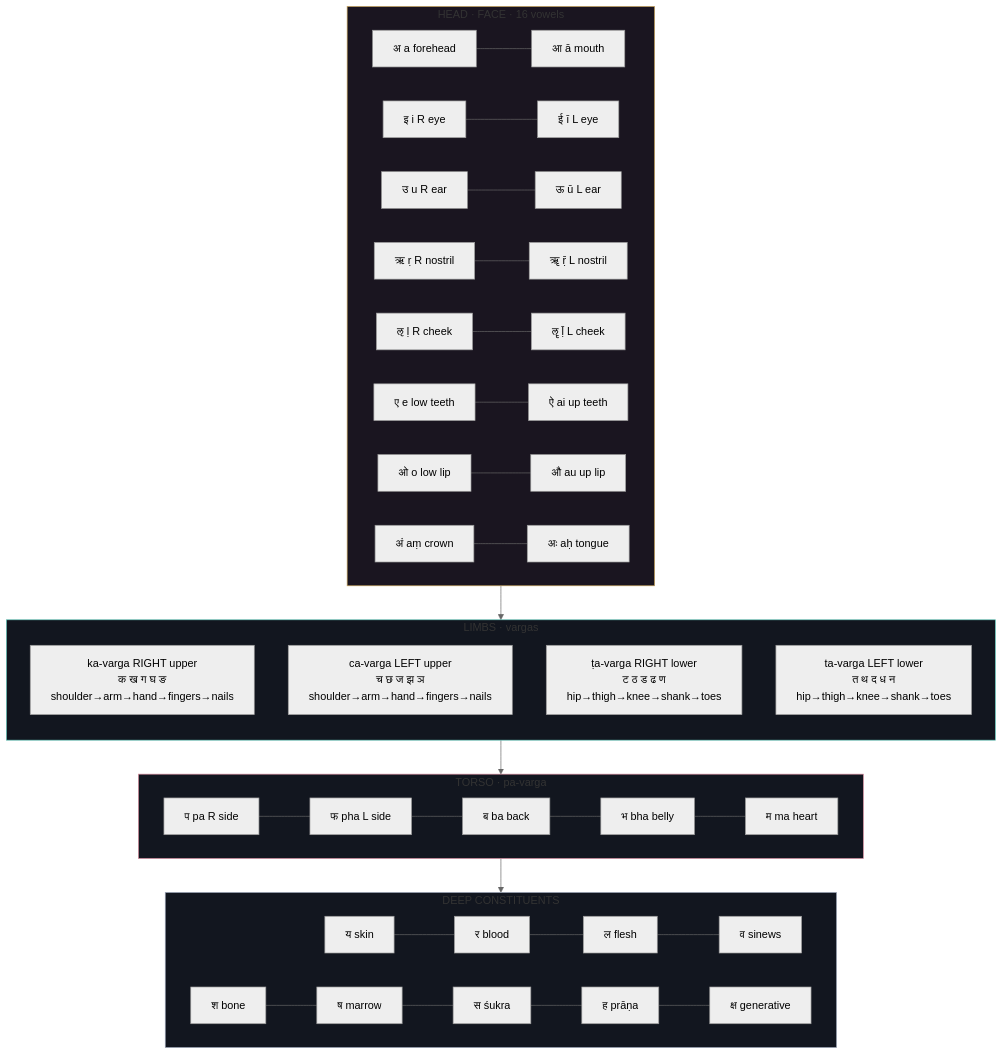
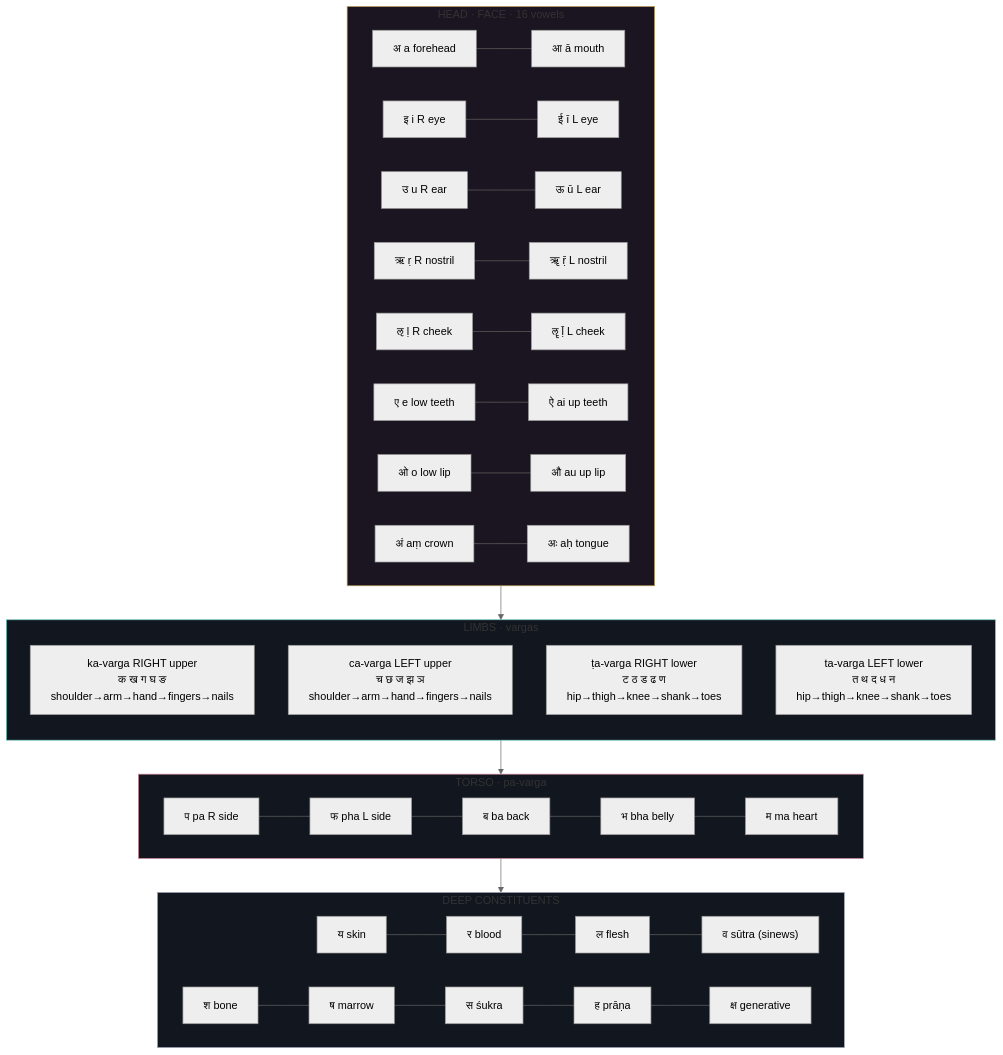
One commit to prx0r/sanskrithelp changed the first of 4 diagrams in public/memory/data/PHONEME_MAPS.md. Above: the diagram before and after it, drawn with Mermaid (neutral theme). The commit also changed 16 other files, not shown here.

````diff
--- a/public/memory/data/PHONEME_MAPS.md
+++ b/public/memory/data/PHONEME_MAPS.md
@@ -13,35 +13,35 @@
 ```mermaid
 flowchart TB
   subgraph HEAD["HEAD · FACE · 16 vowels"]
     direction LR
     a["अ a forehead"] --- ā["आ ā mouth"]
     i["इ i R eye"] --- ī["ई ī L eye"]
     u["उ u R ear"] --- ū["ऊ ū L ear"]
     ṛ["ऋ ṛ R nostril"] --- ṝ["ॠ ṝ L nostril"]
     ḷ["ऌ ḷ R cheek"] --- ḹ["ॡ ḹ L cheek"]
     e["ए e low teeth"] --- ai["ऐ ai up teeth"]
     o["ओ o low lip"] --- au["औ au up lip"]
     aṃ["अं aṃ crown"] --- aḥ["अः aḥ tongue"]
   end
   subgraph LIMBS["LIMBS · vargas"]
     direction TB
     KA["ka-varga RIGHT upper<br/>क ख ग घ ङ<br/>shoulder→arm→hand→fingers→nails"]
     CA["ca-varga LEFT upper<br/>च छ ज झ ञ<br/>shoulder→arm→hand→fingers→nails"]
     TA["ṭa-varga RIGHT lower<br/>ट ठ ड ढ ण<br/>hip→thigh→knee→shank→toes"]
     TN["ta-varga LEFT lower<br/>त थ द ध न<br/>hip→thigh→knee→shank→toes"]
   end
   subgraph TORSO["TORSO · pa-varga"]
     direction LR
     pa["प pa R side"] --- pha["फ pha L side"] --- ba["ब ba back"] --- bha["भ bha belly"] --- ma["म ma heart"]
   end
   subgraph DEEP["DEEP CONSTITUENTS"]
     direction LR
-    ya["य skin"] --- ra["र blood"] --- la["ल flesh"] --- va["व sinews"]
+    ya["य skin"] --- ra["र blood"] --- la["ल flesh"] --- va["व sūtra (sinews)"]
     śa["श bone"] --- ṣa["ष marrow"] --- sa["स śukra"] --- ha["ह prāṇa"] --- kṣa["क्ष generative"]
   end
   HEAD --> LIMBS --> TORSO --> DEEP
   style HEAD fill:#1a1520,stroke:#c9a45c
   style LIMBS fill:#12161f,stroke:#5ec4b6
   style TORSO fill:#12161f,stroke:#d4899a
   style DEEP fill:#12161f,stroke:#9aa3b5
 ```
````
